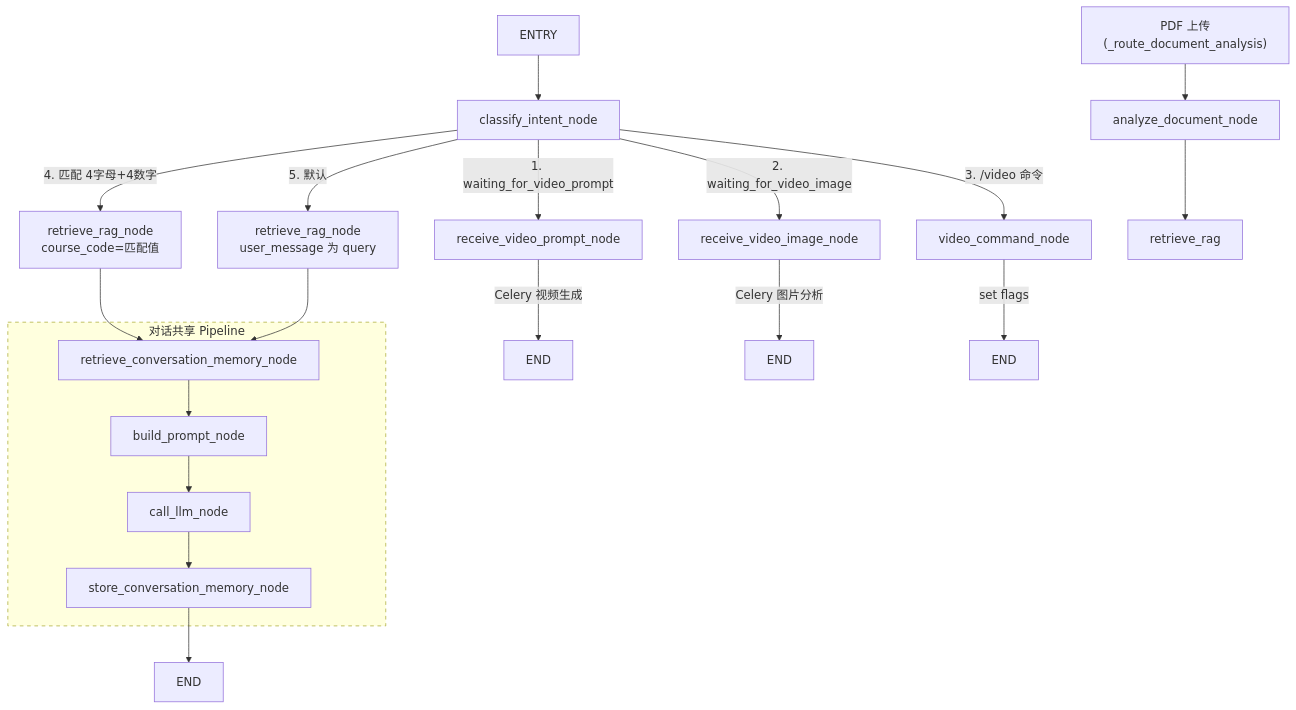
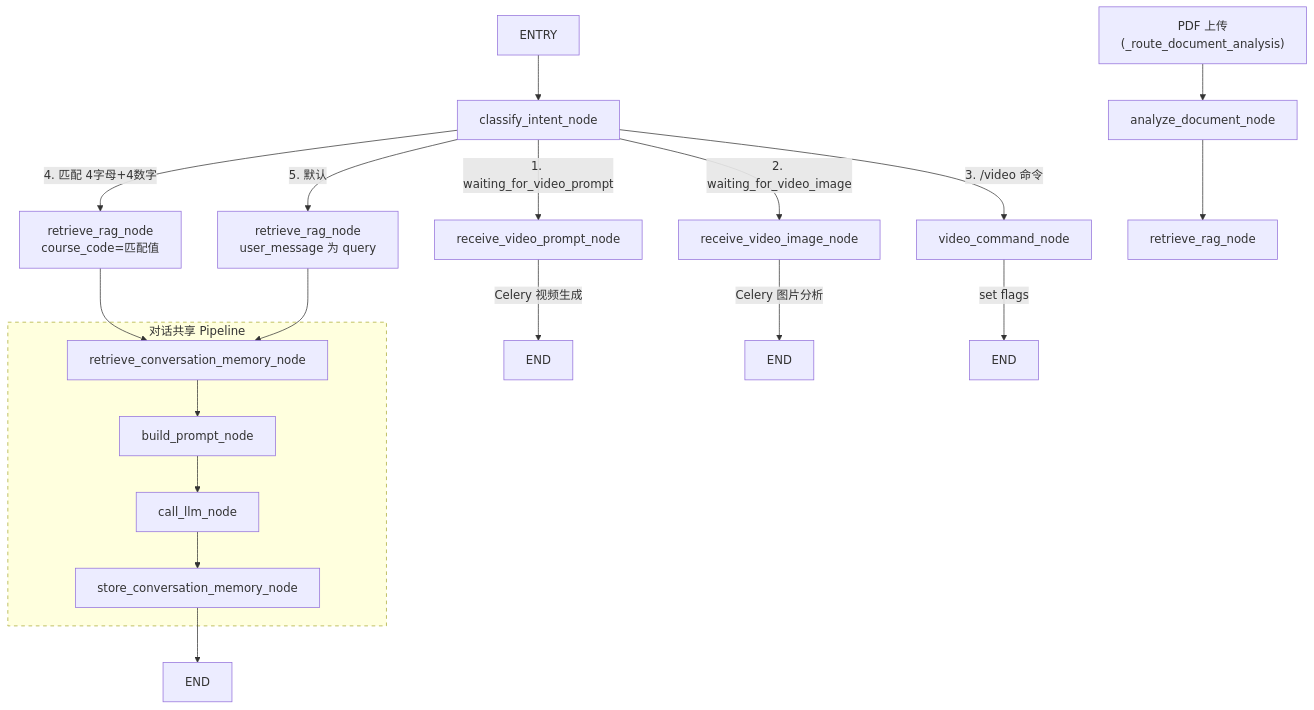
Before and after one commit to ravemelodic/Multi-functional_AI_Assistant: the second of 9 diagrams in 流程图.md, drawn with Mermaid. The commit also changed other lines of this file and 2 other files, not shown here.

````diff
--- a/流程图.md
+++ b/流程图.md
@@ -47,36 +47,36 @@
 ```mermaid
 flowchart TD
     START["ENTRY"] --> classify["classify_intent_node"]
     
     classify -->|"1. waiting_for_video_prompt"| rvp["receive_video_prompt_node"]
     classify -->|"2. waiting_for_video_image"| rvi["receive_video_image_node"]
     classify -->|"3. /video 命令"| vc["video_command_node"]
     classify -->|4. 匹配 4字母+4数字| retrieve_course["retrieve_rag_node<br/>course_code=匹配值"]
     classify -->|"5. 默认"| general_chat["retrieve_rag_node<br/>user_message 为 query"]
 
     rvp -->|"Celery 视频生成"| END1["END"]
     rvi -->|"Celery 图片分析"| END2["END"]
     vc -->|"set flags"| END3["END"]
 
     retrieve_course --> retrieve_mem_c["retrieve_conversation_memory_node"]
     general_chat --> retrieve_mem_c
+    doc_node --> ret_rag["retrieve_rag_node"]
 
     retrieve_mem_c --> build["build_prompt_node"]
     build --> llm_call["call_llm_node"]
     llm_call --> store["store_conversation_memory_node"]
     store --> END4["END"]
 
     %% PDF 分支单独画出
     PDF["PDF 上传<br/>(_route_document_analysis)"] --> doc_node["analyze_document_node"]
-    doc_node --> retrieve_rag
 
     %% 虚线标注 shared pipeline
     subgraph Shared["对话共享 Pipeline"]
         retrieve_mem_c
         build
         llm_call
         store
     end
 
     style Shared fill:'#e6f3ff',stroke:'#333',stroke-dasharray: 5 5
 ```
````
